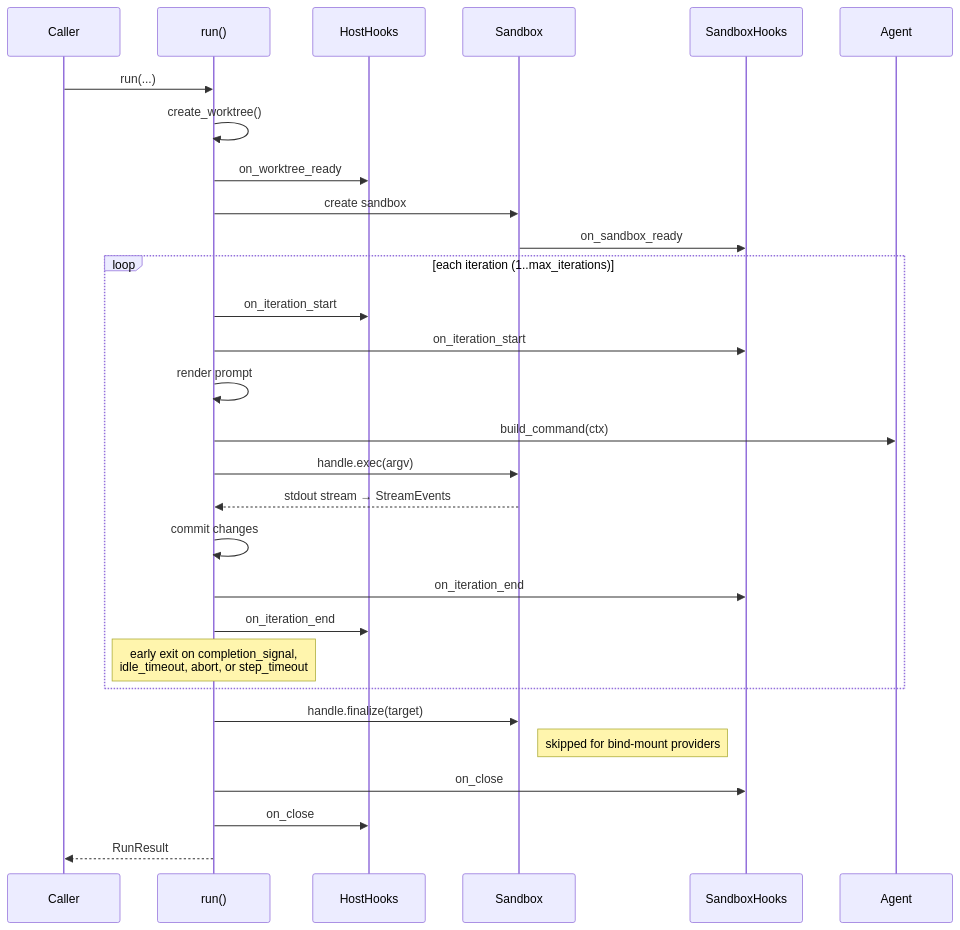
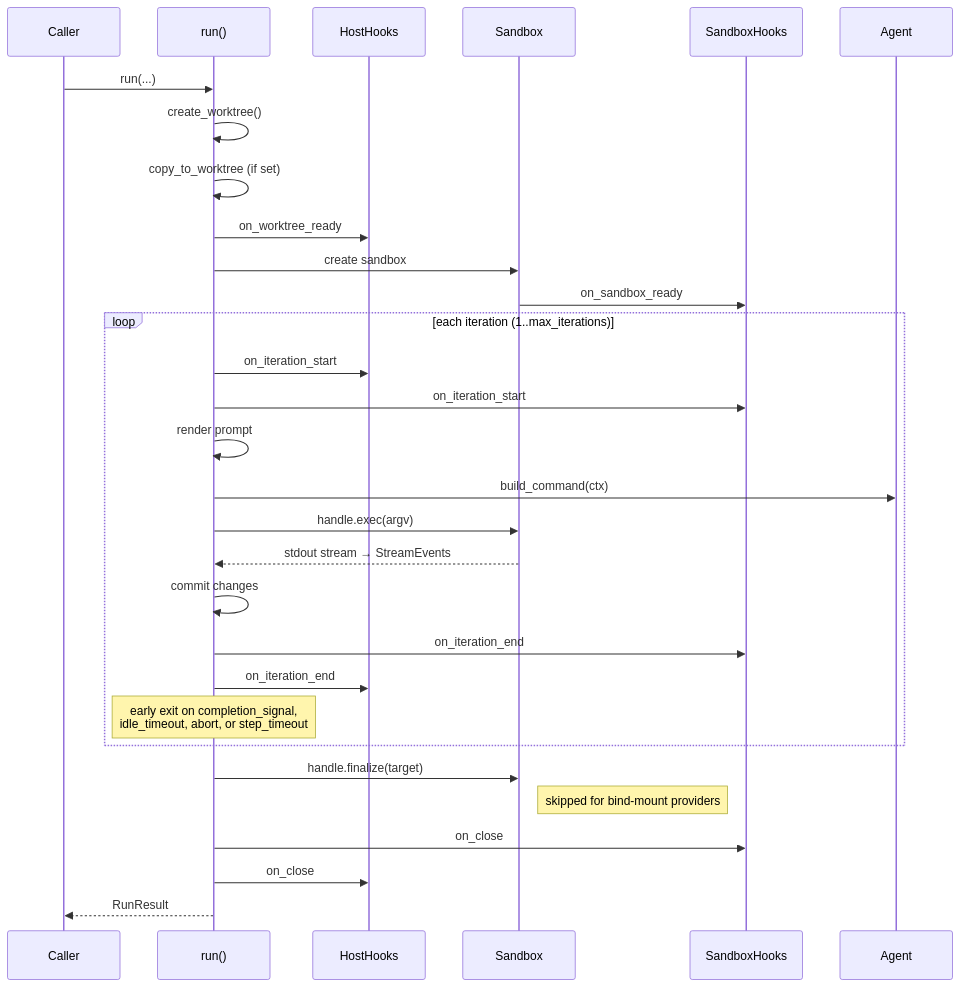
One commit to dotbrains/eden changed the second of 2 diagrams in docs/how-it-works.md. Above: the diagram before and after it, drawn with Mermaid. The commit also changed 9 other files, not shown here.

First line of the commit message:
feat(orchestrator): copy_to_worktree kwarg

````diff
--- a/docs/how-it-works.md
+++ b/docs/how-it-works.md
@@ -80,34 +80,35 @@
 ```mermaid
 sequenceDiagram
     participant Caller as Caller
     participant Run as run()
     participant Host as HostHooks
     participant Sandbox
     participant SandboxHooks
     participant Agent
 
     Caller->>Run: run(...)
     Run->>Run: create_worktree()
+    Run->>Run: copy_to_worktree (if set)
     Run->>Host: on_worktree_ready
     Run->>Sandbox: create sandbox
     Sandbox->>SandboxHooks: on_sandbox_ready
 
     loop each iteration (1..max_iterations)
         Run->>Host: on_iteration_start
         Run->>SandboxHooks: on_iteration_start
         Run->>Run: render prompt
         Run->>Agent: build_command(ctx)
         Run->>Sandbox: handle.exec(argv)
         Sandbox-->>Run: stdout stream → StreamEvents
         Run->>Run: commit changes
         Run->>SandboxHooks: on_iteration_end
         Run->>Host: on_iteration_end
         Note over Run: early exit on completion_signal,<br/>idle_timeout, abort, or step_timeout
     end
 
     Run->>Sandbox: handle.finalize(target)
     Note right of Sandbox: skipped for bind-mount providers
     Run->>SandboxHooks: on_close
     Run->>Host: on_close
     Run-->>Caller: RunResult
 ```
````
